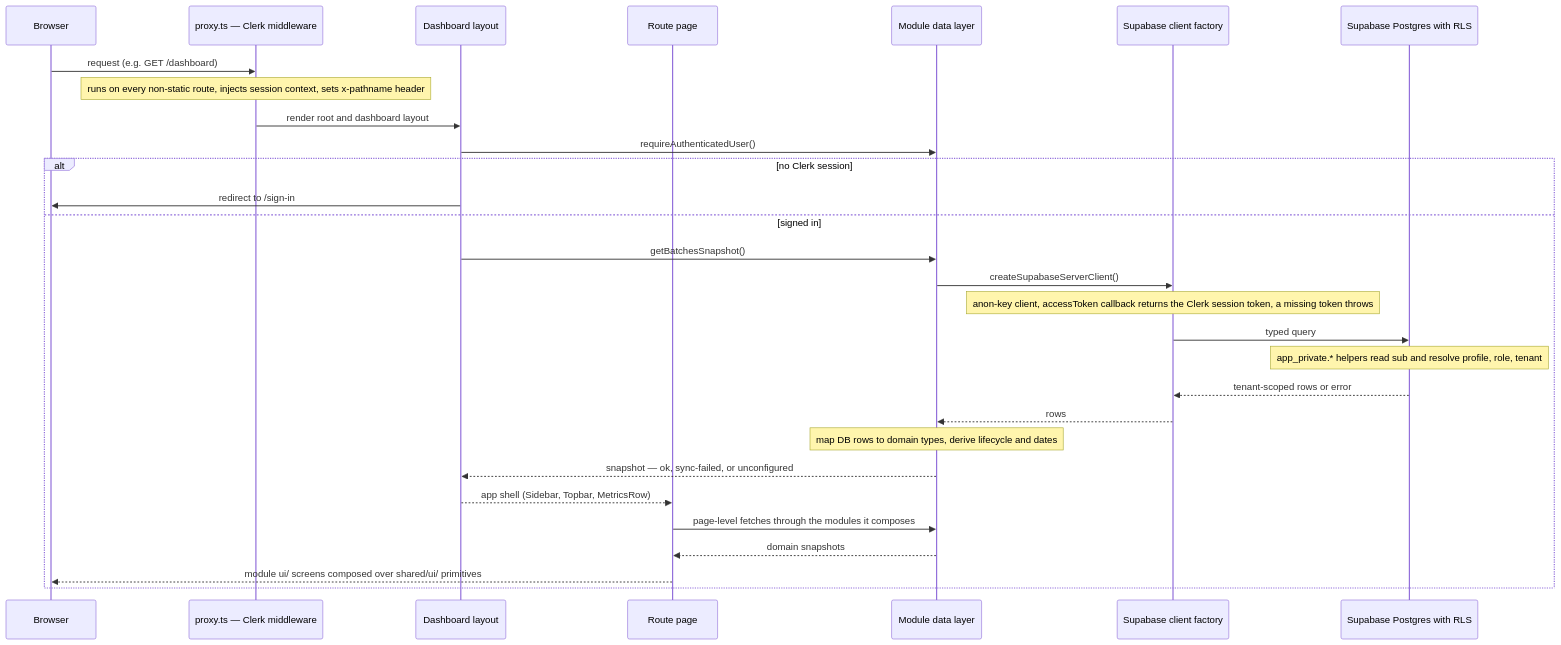
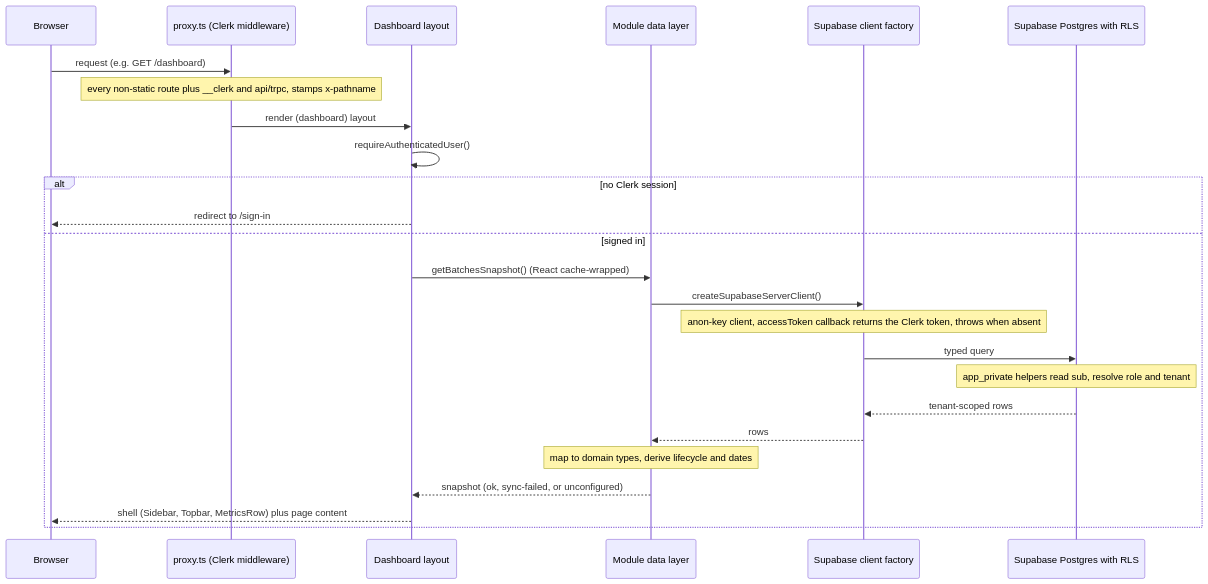
The first of 2 diagrams in openwiki/architecture/overview.md (shuakyle21/tesda-compliance-manager), drawn with Mermaid before and after one commit. The commit also changed other lines of this file and 11 other files, not shown here.

````diff
--- a/openwiki/architecture/overview.md
+++ b/openwiki/architecture/overview.md
@@ -29,32 +99,28 @@
 ```mermaid
 sequenceDiagram
     participant Browser
-    participant MW as proxy.ts — Clerk middleware
+    participant MW as proxy.ts (Clerk middleware)
     participant L as Dashboard layout
-    participant P as Route page
     participant D as Module data layer
     participant S as Supabase client factory
     participant DB as Supabase Postgres with RLS
 
     Browser->>MW: request (e.g. GET /dashboard)
-    Note over MW: runs on every non-static route, injects session context, sets x-pathname header
-    MW->>L: render root and dashboard layout
-    L->>D: requireAuthenticatedUser()
+    Note over MW: every non-static route plus __clerk and api/trpc, stamps x-pathname
+    MW->>L: render (dashboard) layout
+    L->>L: requireAuthenticatedUser()
     alt no Clerk session
-        L->>Browser: redirect to /sign-in
+        L-->>Browser: redirect to /sign-in
     else signed in
-        L->>D: getBatchesSnapshot()
+        L->>D: getBatchesSnapshot() (React cache-wrapped)
         D->>S: createSupabaseServerClient()
-        Note over S: anon-key client, accessToken callback returns the Clerk session token, a missing token throws
+        Note over S: anon-key client, accessToken callback returns the Clerk token, throws when absent
         S->>DB: typed query
-        Note over DB: app_private.* helpers read sub and resolve profile, role, tenant
-        DB-->>S: tenant-scoped rows or error
+        Note over DB: app_private helpers read sub, resolve role and tenant
+        DB-->>S: tenant-scoped rows
         S-->>D: rows
-        Note over D: map DB rows to domain types, derive lifecycle and dates
-        D-->>L: snapshot — ok, sync-failed, or unconfigured
-        L-->>P: app shell (Sidebar, Topbar, MetricsRow)
-        P->>D: page-level fetches through the modules it composes
-        D-->>P: domain snapshots
-        P-->>Browser: module ui/ screens composed over shared/ui/ primitives
+        Note over D: map to domain types, derive lifecycle and dates
+        D-->>L: snapshot (ok, sync-failed, or unconfigured)
+        L-->>Browser: shell (Sidebar, Topbar, MetricsRow) plus page content
     end
 ```
````
